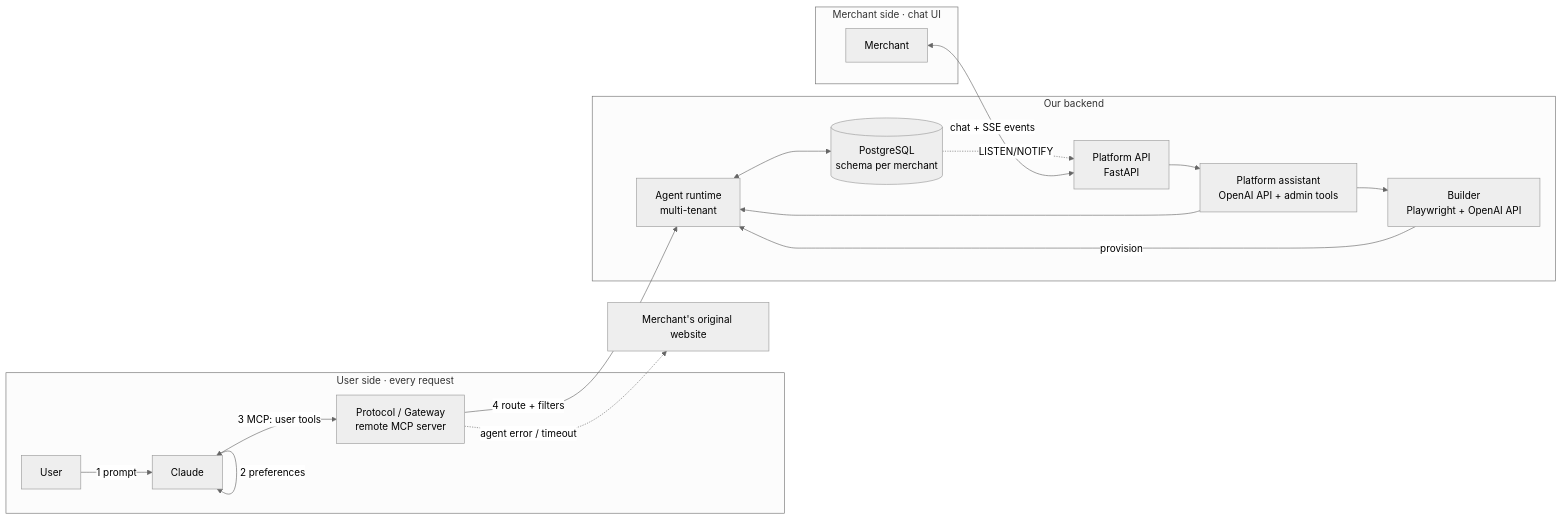
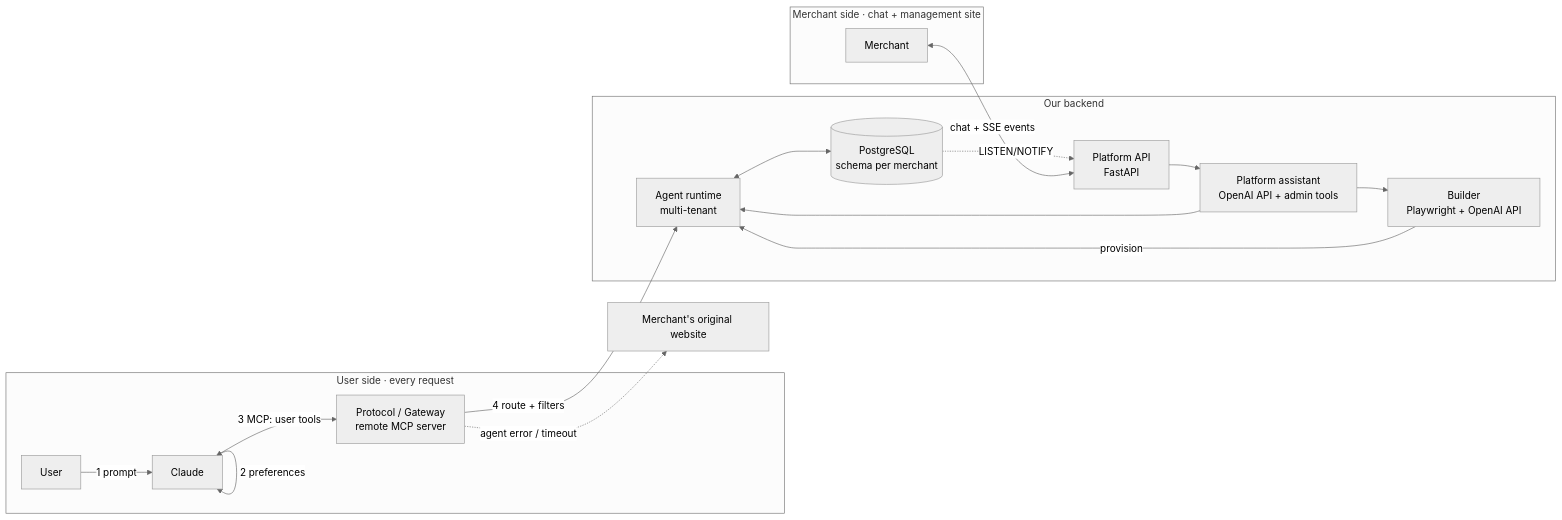
One commit to MaxEntz/BaselHack2026 changed the diagram in AGENTS.md. Above: the diagram before and after it, drawn with Mermaid (neutral theme). The commit also changed other lines of this file and 15 other files, not shown here.

First line of the commit message:
docs: commit the v10 mockups and record the management site (#128)

````diff
--- a/AGENTS.md
+++ b/AGENTS.md
@@ -68,24 +71,24 @@
 ```mermaid
 flowchart LR
   subgraph USER[User side · every request]
     User -->|1 prompt| Claude
     Claude -->|2 preferences| Claude
     Claude <-->|3 MCP: user tools| Gateway[Protocol / Gateway<br/>remote MCP server]
   end
 
   subgraph CORE[Our backend]
     Gateway -->|4 route + filters| Agent[Agent runtime<br/>multi-tenant]
     Agent <--> DB[(PostgreSQL<br/>schema per merchant)]
     Platform[Platform API<br/>FastAPI] --> Assistant[Platform assistant<br/>OpenAI API + admin tools]
     Assistant --> Agent
     Assistant --> Builder[Builder<br/>Playwright + OpenAI API]
     Builder -->|provision| Agent
     DB -. LISTEN/NOTIFY .-> Platform
   end
 
-  subgraph MERCHANT[Merchant side · chat UI]
+  subgraph MERCHANT[Merchant side · chat + management site]
     Merchant <-->|chat + SSE events| Platform
   end
 
   Gateway -. agent error / timeout .-> Fallback[Merchant's original website]
 ```
````
